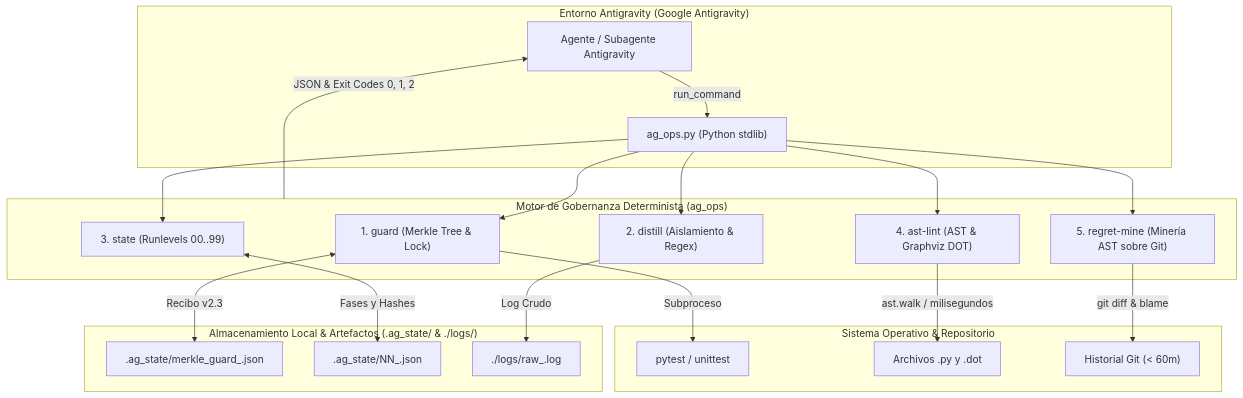
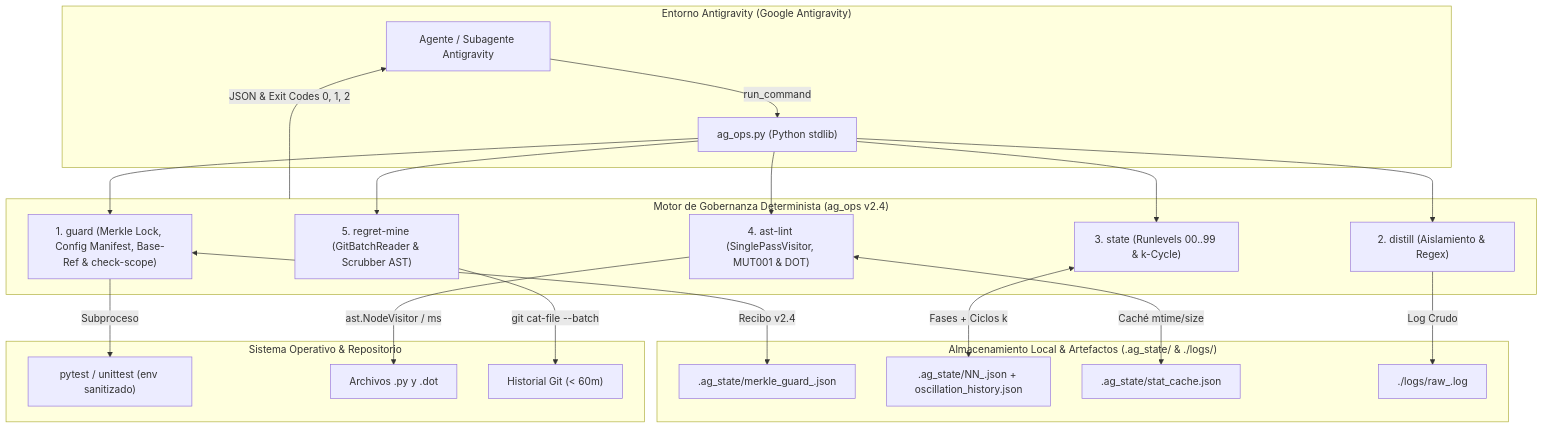
Before and after one commit to FranciscoGrandon/ag-ops: the diagram in README.md, drawn with Mermaid. The commit also changed other lines of this file and 4 other files, not shown here.

Commit message:
feat(ast-lint,guard): add batch renegotiate, MUT001 sensor, v2.4 test suite and docs (P3)

````diff
--- a/README.md
+++ b/README.md
@@ -21,28 +21,29 @@
 ```mermaid
 flowchart TD
     subgraph AGY["Entorno Antigravity (Google Antigravity)"]
         Agent["Agente / Subagente Antigravity"] -->|run_command| CLI["ag_ops.py (Python stdlib)"]
     end
 
-    subgraph Core["Motor de Gobernanza Determinista (ag_ops)"]
-        CLI --> Guard["1. guard (Merkle Tree & Lock)"]
+    subgraph Core["Motor de Gobernanza Determinista (ag_ops v2.4)"]
+        CLI --> Guard["1. guard (Merkle Lock, Config Manifest, Base-Ref & check-scope)"]
         CLI --> Distill["2. distill (Aislamiento & Regex)"]
-        CLI --> State["3. state (Runlevels 00..99)"]
-        CLI --> Lint["4. ast-lint (AST & Graphviz DOT)"]
-        CLI --> Mine["5. regret-mine (Minería AST sobre Git)"]
+        CLI --> State["3. state (Runlevels 00..99 & k-Cycle)"]
+        CLI --> Lint["4. ast-lint (SinglePassVisitor, MUT001 & DOT)"]
+        CLI --> Mine["5. regret-mine (GitBatchReader & Scrubber AST)"]
     end
 
     subgraph Storage["Almacenamiento Local & Artefactos (.ag_state/ & ./logs/)"]
-        Guard <-->|Recibo v2.3| Receipts[".ag_state/merkle_guard_<hash[:12]>.json"]
-        State <-->|Fases y Hashes| StateFiles[".ag_state/NN_<slug>.json"]
+        Guard <-->|"Recibo v2.4"| Receipts[".ag_state/merkle_guard_<hash[:12]>.json"]
+        State <-->|"Fases + Ciclos k"| StateFiles[".ag_state/NN_<slug>.json + oscillation_history.json"]
+        Lint <-->|"Caché mtime/size"| StatCache[".ag_state/stat_cache.json"]
         Distill -->|Log Crudo| RawLog["./logs/raw_<timestamp>.log"]
     end
 
     subgraph OS["Sistema Operativo & Repositorio"]
-        Guard -->|Subproceso| TestRunner["pytest / unittest"]
-        Lint -->|ast.walk / milisegundos| Codebase["Archivos .py y .dot"]
-        Mine -->|git diff & blame| GitHistory["Historial Git (< 60m)"]
+        Guard -->|Subproceso| TestRunner["pytest / unittest (env sanitizado)"]
+        Lint -->|ast.NodeVisitor / ms| Codebase["Archivos .py y .dot"]
+        Mine -->|git cat-file --batch| GitHistory["Historial Git (< 60m)"]
     end
 
     Core -->|JSON & Exit Codes 0, 1, 2| Agent
 ```
````
